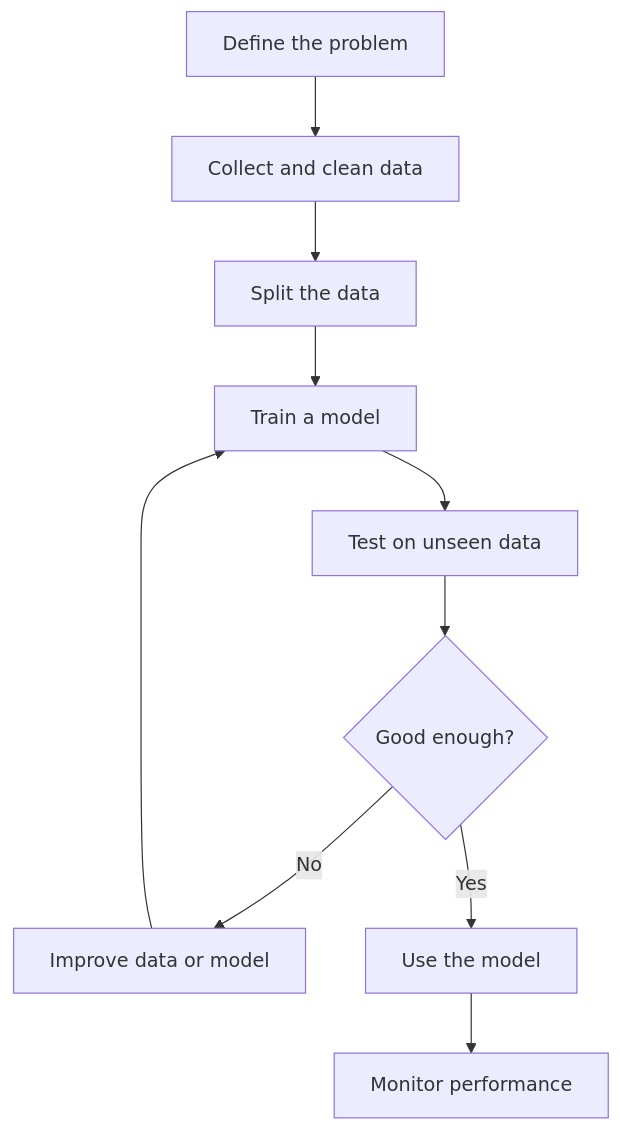
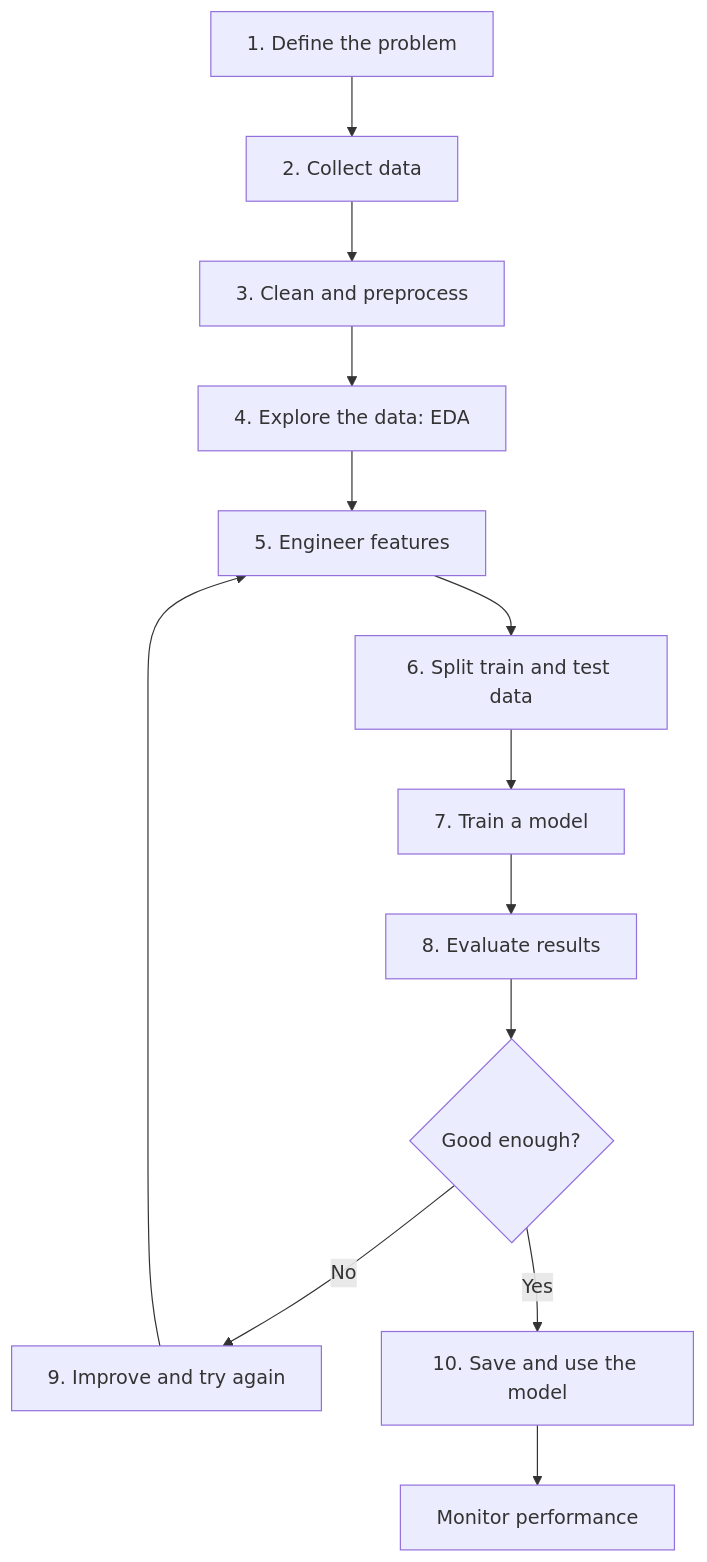
The diagram in ML notes doc/01-foundations/05-ml-project-lifecycle.md (ADxSD-143/STUDY-docs), drawn with Mermaid before and after one commit. The commit also changed other lines of this file, not shown here.

````diff
--- a/ML notes doc/01-foundations/05-ml-project-lifecycle.md
+++ b/ML notes doc/01-foundations/05-ml-project-lifecycle.md
@@ -9,12 +11,15 @@
 ```mermaid
 flowchart TD
-    A[Define the problem] --> B[Collect and clean data]
-    B --> C[Split the data]
-    C --> D[Train a model]
-    D --> E[Test on unseen data]
-    E --> F{Good enough?}
-    F -- No --> G[Improve data or model]
-    G --> D
-    F -- Yes --> H[Use the model]
-    H --> I[Monitor performance]
+    A[1. Define the problem] --> B[2. Collect data]
+    B --> C[3. Clean and preprocess]
+    C --> D[4. Explore the data: EDA]
+    D --> E[5. Engineer features]
+    E --> F[6. Split train and test data]
+    F --> G[7. Train a model]
+    G --> H[8. Evaluate results]
+    H --> I{Good enough?}
+    I -- No --> J[9. Improve and try again]
+    J --> E
+    I -- Yes --> K[10. Save and use the model]
+    K --> L[Monitor performance]
 ```
````
